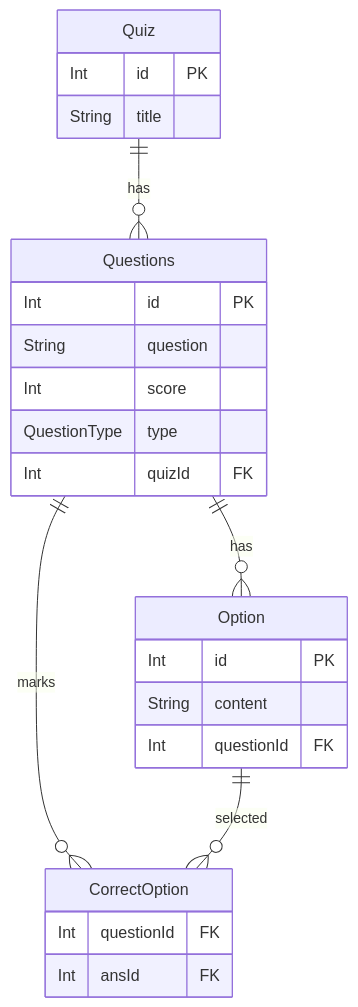
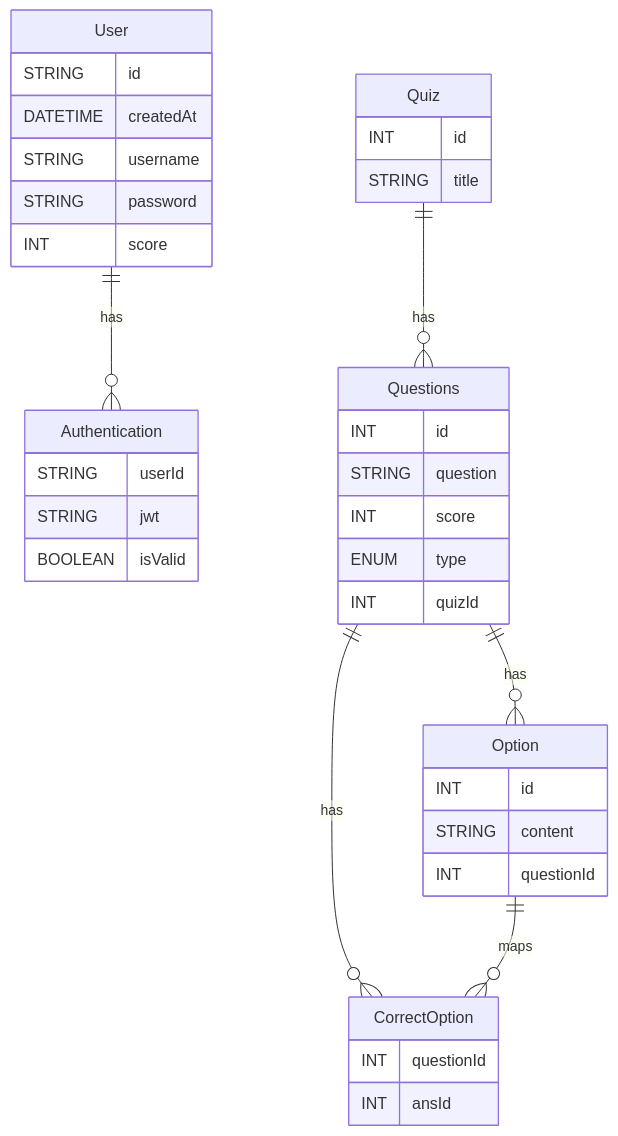
The diagram in README.md (candevfol/Quiz-App-Backend), drawn with Mermaid before and after one commit. The commit also changed other lines of this file, not shown here.

````diff
--- a/README.md
+++ b/README.md
@@ -20,31 +55,46 @@
 ```mermaid
 erDiagram
+  User ||--o{ Authentication : has
   Quiz ||--o{ Questions : has
   Questions ||--o{ Option : has
-  Questions ||--o{ CorrectOption : marks
-  Option ||--o{ CorrectOption : selected
+  Questions ||--o{ CorrectOption : has
+  Option ||--o{ CorrectOption : maps
+
+  User {
+    STRING id
+    DATETIME createdAt
+    STRING username
+    STRING password
+    INT score
+  }
+
+  Authentication {
+    STRING userId
+    STRING jwt
+    BOOLEAN isValid
+  }
 
   Quiz {
-    Int id PK
-    String title
+    INT id
+    STRING title
   }
 
   Questions {
-    Int id PK
-    String question
-    Int score
-    QuestionType type
-    Int quizId FK
+    INT id
+    STRING question
+    INT score
+    ENUM type
+    INT quizId
   }
 
   Option {
-    Int id PK
-    String content
-    Int questionId FK
+    INT id
+    STRING content
+    INT questionId
   }
 
   CorrectOption {
-    Int questionId FK
-    Int ansId FK
+    INT questionId
+    INT ansId
   }
 ```
````
